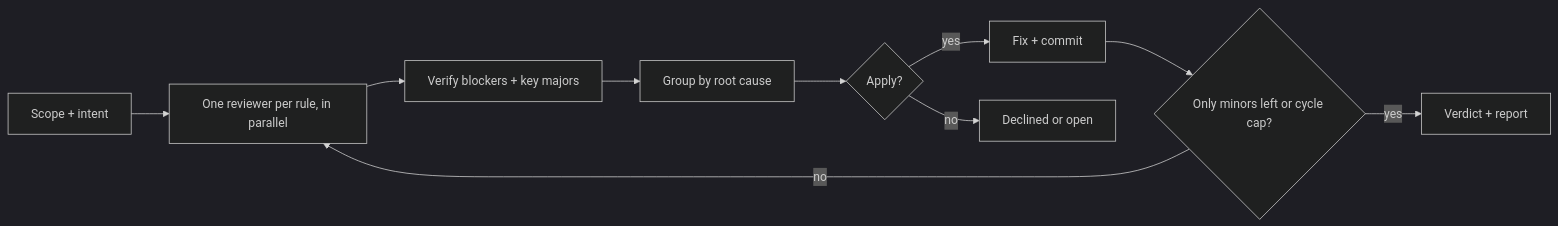
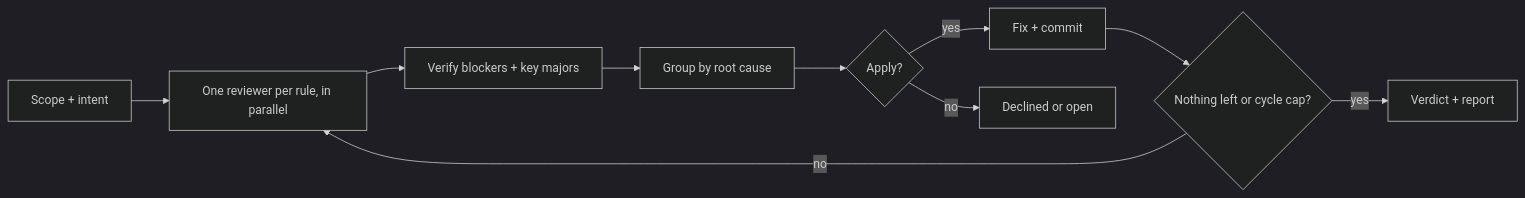
The diagram in tribunal/README.md (buhond/skills), drawn with Mermaid (dark theme) before and after one commit. The commit also changed other lines of this file and 12 other files, not shown here.

````diff
--- a/tribunal/README.md
+++ b/tribunal/README.md
@@ -23,12 +23,12 @@
 ```mermaid
 flowchart LR
   S[Scope + intent] --> R[One reviewer per rule, in parallel]
   R --> V[Verify blockers + key majors]
   V --> G[Group by root cause]
   G --> D{Apply?}
   D -->|yes| F[Fix + commit]
   D -->|no| O[Declined or open]
-  F --> L{Only minors left or cycle cap?}
+  F --> L{Nothing left or cycle cap?}
   L -->|no| R
   L -->|yes| P[Verdict + report]
 ```
````
